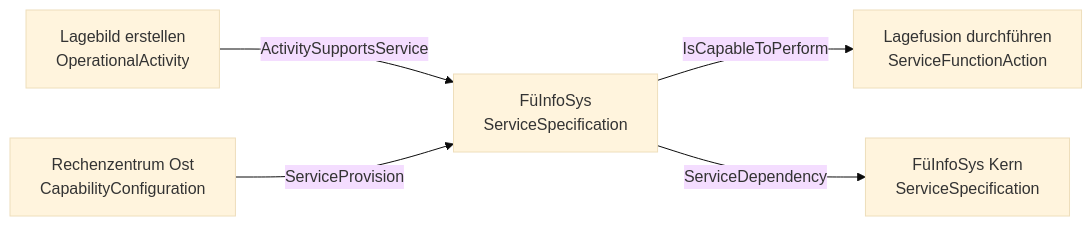
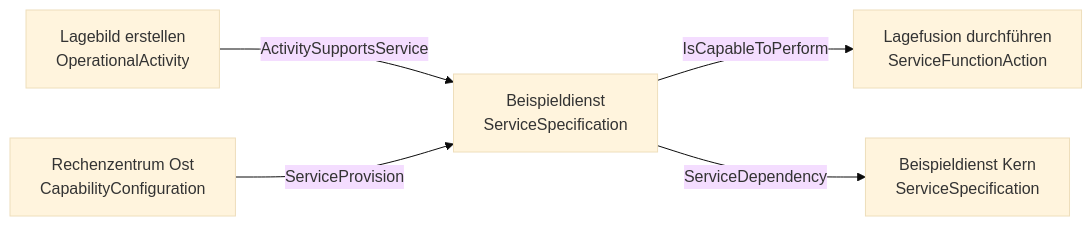
One commit to Mitchel85/EAM-Toolfamilie changed the diagram in apps/admbw-extractor/system_prompt.md. Above: the diagram before and after it, drawn with Mermaid (base theme). The commit also changed other lines of this file and 2 other files, not shown here.

Commit message:
Prompts ohne Beispielnamen aus einem Modell: Beispieldienst statt eines konkreten Systems

````diff
--- a/apps/admbw-extractor/system_prompt.md
+++ b/apps/admbw-extractor/system_prompt.md
@@ -186,7 +186,7 @@
 ```mermaid
 graph LR
-  A["Lagebild erstellen<br/>OperationalActivity"] -->|ActivitySupportsService| B["FüInfoSys<br/>ServiceSpecification"]
+  A["Lagebild erstellen<br/>OperationalActivity"] -->|ActivitySupportsService| B["Beispieldienst<br/>ServiceSpecification"]
   B -->|IsCapableToPerform| C["Lagefusion durchführen<br/>ServiceFunctionAction"]
-  B -->|ServiceDependency| D["FüInfoSys Kern<br/>ServiceSpecification"]
+  B -->|ServiceDependency| D["Beispieldienst Kern<br/>ServiceSpecification"]
   E["Rechenzentrum Ost<br/>CapabilityConfiguration"] -->|ServiceProvision| B
 ```
````
